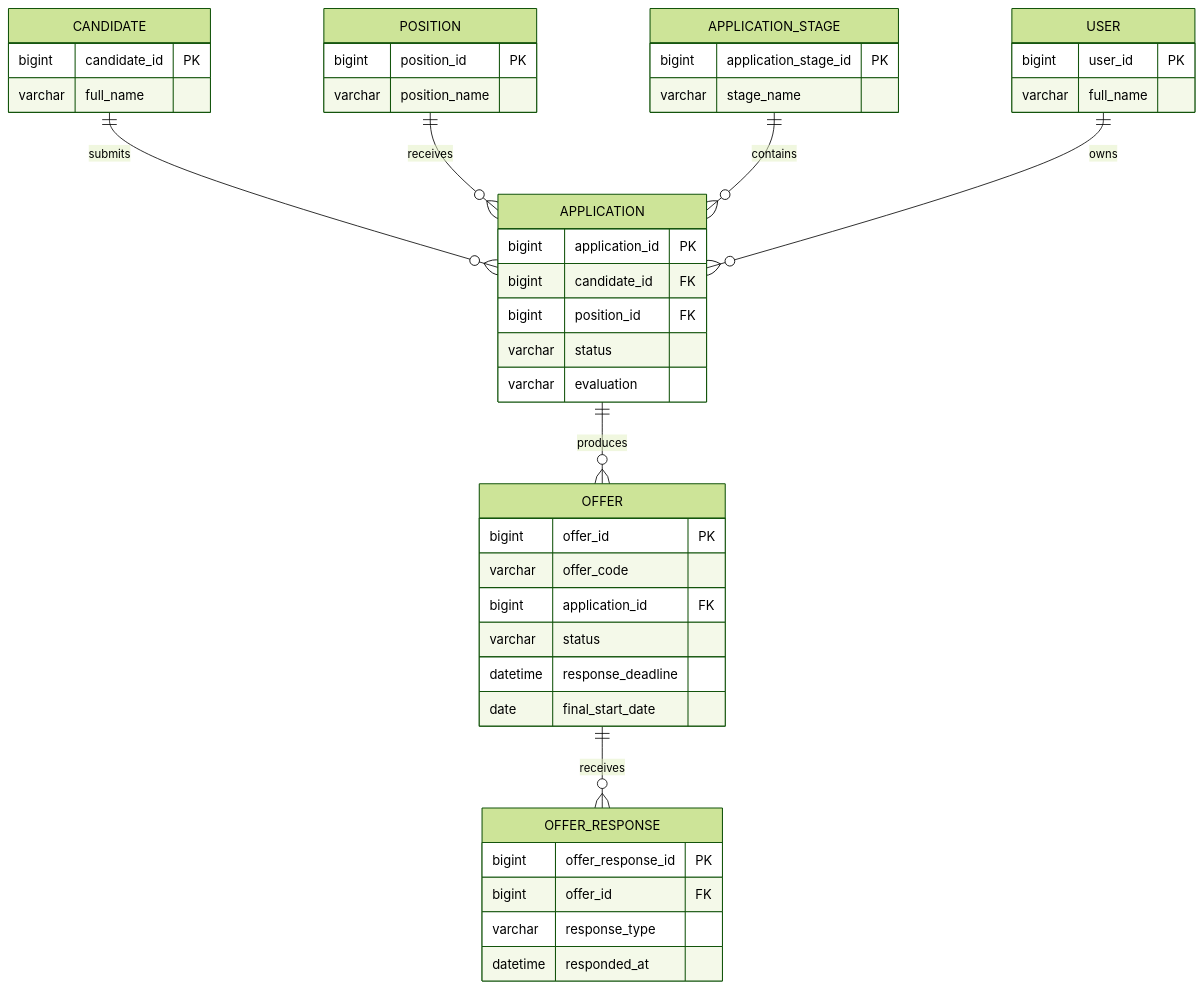
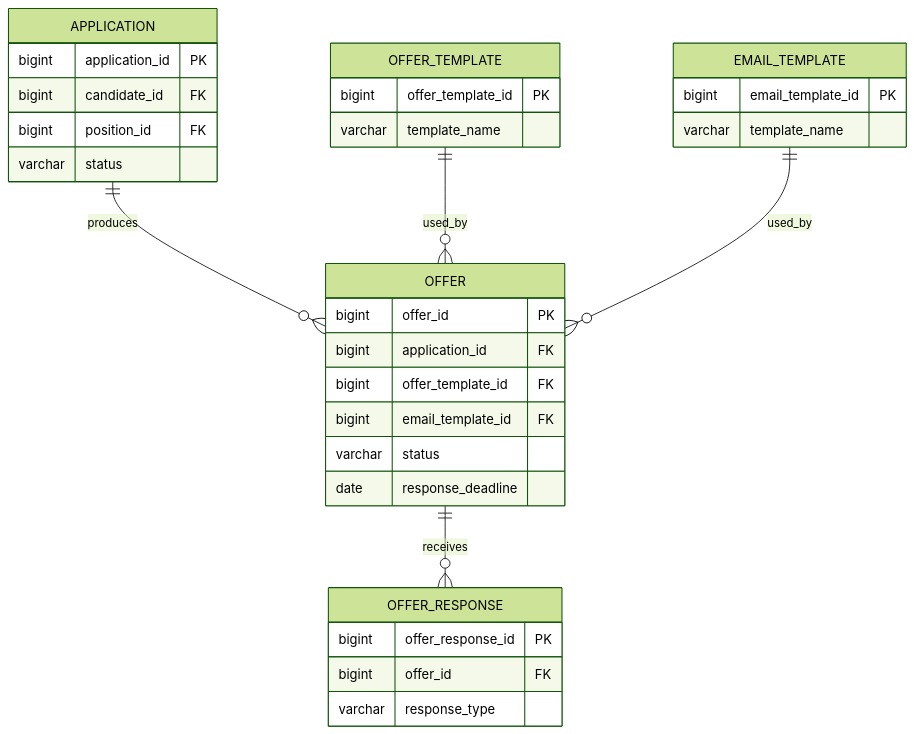
The third of 7 diagrams in docs/README.md (Huy1801214/HR), drawn with Mermaid (forest theme) before and after one commit. The commit also changed other lines of this file, not shown here.

Commit message:
dd HR platform onboarding documentation and entity relationship diagrams

````diff
--- a/docs/README.md
+++ b/docs/README.md
@@ -174,55 +199,43 @@
 ```mermaid
 erDiagram
-
-    CANDIDATE {
-        bigint candidate_id PK
-        varchar full_name
-    }
-
-    POSITION {
-        bigint position_id PK
-        varchar position_name
-    }
-
-    APPLICATION_STAGE {
-        bigint application_stage_id PK
-        varchar stage_name
-    }
-
-    USER {
-        bigint user_id PK
-        varchar full_name
-    }
 
     APPLICATION {
         bigint application_id PK
         bigint candidate_id FK
         bigint position_id FK
         varchar status
-        varchar evaluation
     }
 
     OFFER {
         bigint offer_id PK
-        varchar offer_code
         bigint application_id FK
+        bigint offer_template_id FK
+        bigint email_template_id FK
         varchar status
-        datetime response_deadline
-        date final_start_date
+        date response_deadline
     }
 
     OFFER_RESPONSE {
         bigint offer_response_id PK
         bigint offer_id FK
         varchar response_type
-        datetime responded_at
     }
 
-    CANDIDATE ||--o{ APPLICATION : submits
-    POSITION ||--o{ APPLICATION : receives
-    APPLICATION_STAGE ||--o{ APPLICATION : contains
-    USER ||--o{ APPLICATION : owns
+    OFFER_TEMPLATE {
+        bigint offer_template_id PK
+        varchar template_name
+    }
+
+    EMAIL_TEMPLATE {
+        bigint email_template_id PK
+        varchar template_name
+    }
 
     APPLICATION ||--o{ OFFER : produces
+
     OFFER ||--o{ OFFER_RESPONSE : receives
+
+    OFFER_TEMPLATE ||--o{ OFFER : used_by
+
+    EMAIL_TEMPLATE ||--o{ OFFER : used_by
 ```
````
